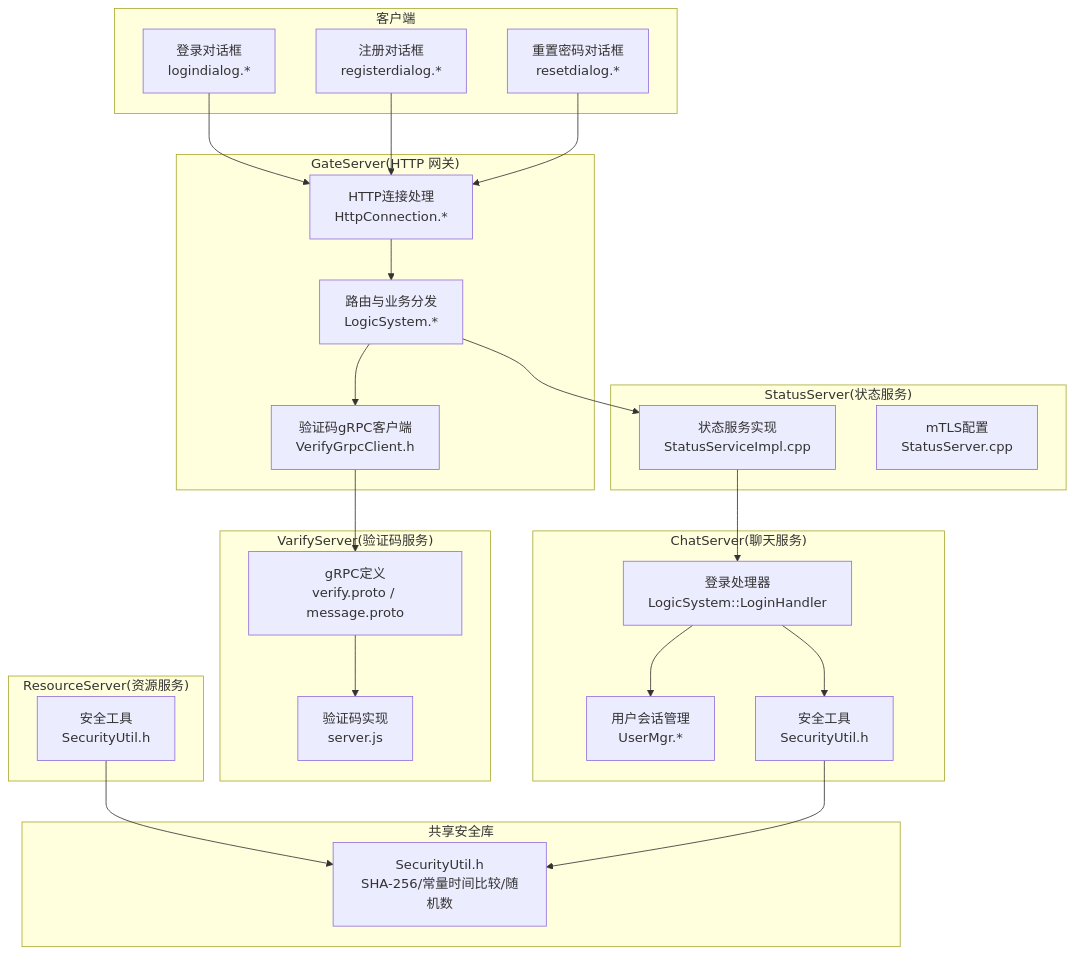
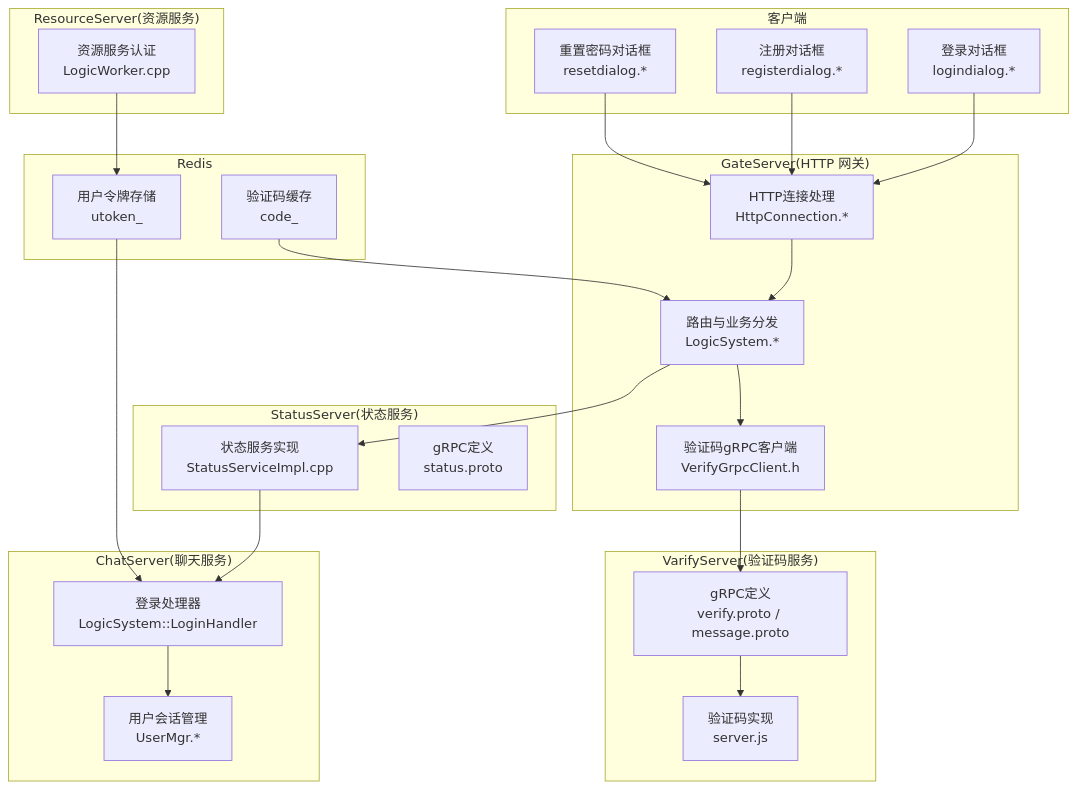
One commit to echo9923/mychatter changed the first of 10 diagrams in .qoder/repowiki/zh/content/安全设计/身份认证系统/身份认证系统.md. Above: the diagram before and after it, drawn with Mermaid. The commit also changed other lines of this file and 58 other files, not shown here.

````diff
--- a/.qoder/repowiki/zh/content/安全设计/身份认证系统/身份认证系统.md
+++ b/.qoder/repowiki/zh/content/安全设计/身份认证系统/身份认证系统.md
@@ -66,45 +65,45 @@
 ```mermaid
 graph TB
 subgraph "客户端"
 QLogin["登录对话框<br/>logindialog.*"]
 QReg["注册对话框<br/>registerdialog.*"]
 QReset["重置密码对话框<br/>resetdialog.*"]
 end
 subgraph "GateServer(HTTP 网关)"
 GConn["HTTP连接处理<br/>HttpConnection.*"]
 GLogic["路由与业务分发<br/>LogicSystem.*"]
 GVClient["验证码gRPC客户端<br/>VerifyGrpcClient.h"]
 end
 subgraph "VarifyServer(验证码服务)"
 VProto["gRPC定义<br/>verify.proto / message.proto"]
 VImpl["验证码实现<br/>server.js"]
 end
 subgraph "StatusServer(状态服务)"
 SImpl["状态服务实现<br/>StatusServiceImpl.cpp"]
-SMtls["mTLS配置<br/>StatusServer.cpp"]
+SProto["gRPC定义<br/>status.proto"]
 end
 subgraph "ChatServer(聊天服务)"
 CLogin["登录处理器<br/>LogicSystem::LoginHandler"]
 UMgr["用户会话管理<br/>UserMgr.*"]
-CSec["安全工具<br/>SecurityUtil.h"]
 end
 subgraph "ResourceServer(资源服务)"
-RSec["安全工具<br/>SecurityUtil.h"]
+RAuth["资源服务认证<br/>LogicWorker.cpp"]
 end
-subgraph "共享安全库"
-SecUtil["SecurityUtil.h<br/>SHA-256/常量时间比较/随机数"]
+subgraph "Redis"
+RTokens["用户令牌存储<br/>utoken_<uid>"]
+RCodes["验证码缓存<br/>code_<email>"]
 end
 QLogin --> GConn
 QReg --> GConn
 QReset --> GConn
 GConn --> GLogic
 GLogic --> GVClient
 GVClient --> VProto
 VProto --> VImpl
 GLogic --> SImpl
 SImpl --> CLogin
 CLogin --> UMgr
-CLogin --> CSec
-RSec --> SecUtil
-CSec --> SecUtil
+RAuth --> RTokens
+RTokens --> CLogin
+RCodes --> GLogic
 ```
````
